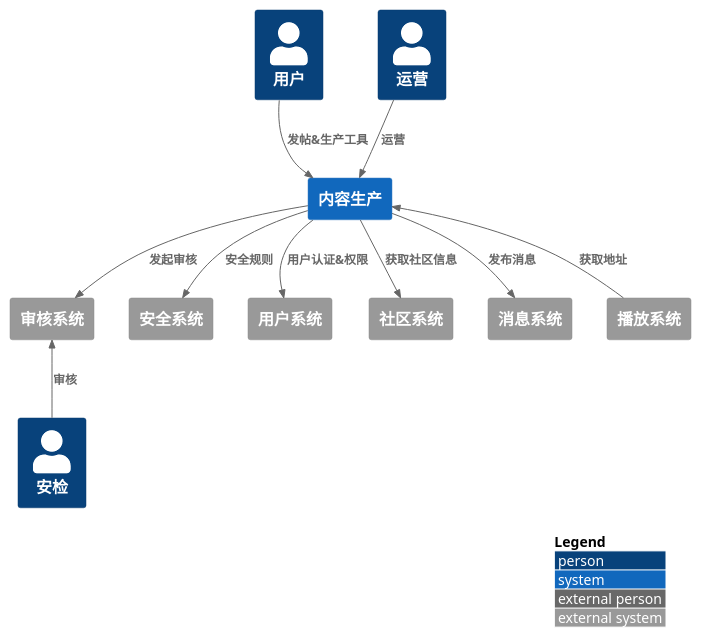
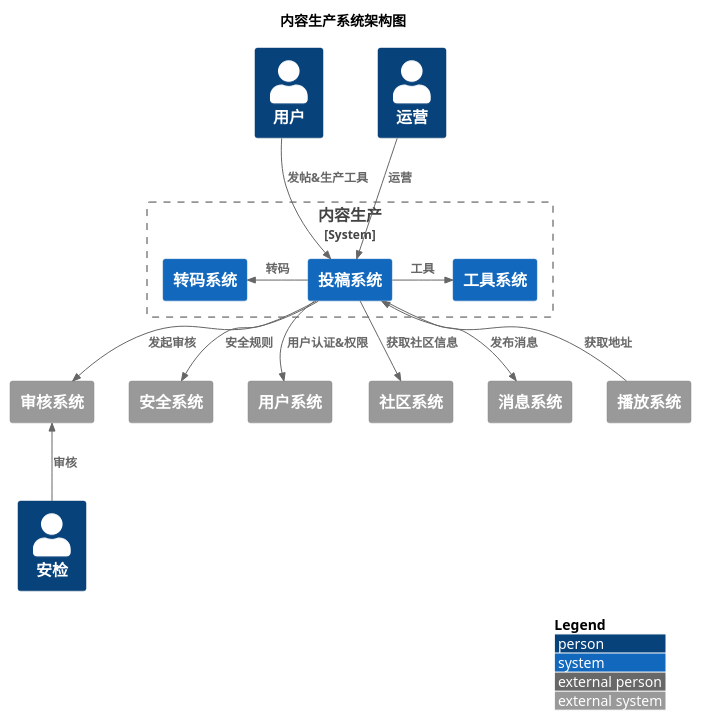
The diagram in puml/content/content/system.puml (nxnnxn/community-doc), drawn with PlantUML before and after one commit. The commit also changed 3 other files, not shown here.

```diff
--- a/puml/content/content/system.puml
+++ b/puml/content/content/system.puml
@@ -1,33 +1,41 @@
 @startuml
 !include <C4/C4_Context>
 LAYOUT_WITH_LEGEND()
+
+title 内容生产系统架构图
 
 Person(user, "用户")
 Person(user1, "运营")
 Person(user2, "安检")
 
-System(contentProduction, "内容生产")
+System_Boundary(contentProduction, "内容生产"){
+     System(transcode, "转码系统")
+     System(post, "投稿系统")
+     System(postTool, "工具系统")
+     Rel_L(post, transcode, "转码")
+     Rel_R(post, postTool, "工具")
+}
 
 System_Ext(security,"安全系统")
 System_Ext(userSystem,"用户系统")
 System_Ext(community, "社区系统")
 System_Ext(audit, "审核系统")
 System_Ext(message, "消息系统")
 System_Ext(play, "播放系统")
-Rel(user, contentProduction, "发帖&生产工具")
-Rel(user1,contentProduction, "运营")
+Rel(user, post, "发帖&生产工具")
+Rel(user1,post, "运营")
 
-Rel(contentProduction, security, "安全规则")
-Rel(contentProduction, userSystem, "用户认证&权限")
-Rel(contentProduction, community, "获取社区信息")
-Rel(contentProduction, message, "发布消息")
-Rel(contentProduction, audit, "发起审核")
+Rel(post, security, "安全规则")
+Rel(post, userSystem, "用户认证&权限")
+Rel(post, community, "获取社区信息")
+Rel(post, message, "发布消息")
+Rel(post, audit, "发起审核")
 Rel_U(user2, audit, "审核")
 
 
 
-Rel_U(play, contentProduction, "获取地址")
+Rel_U(play, post, "获取地址")
 
 
 
 @enduml
```
